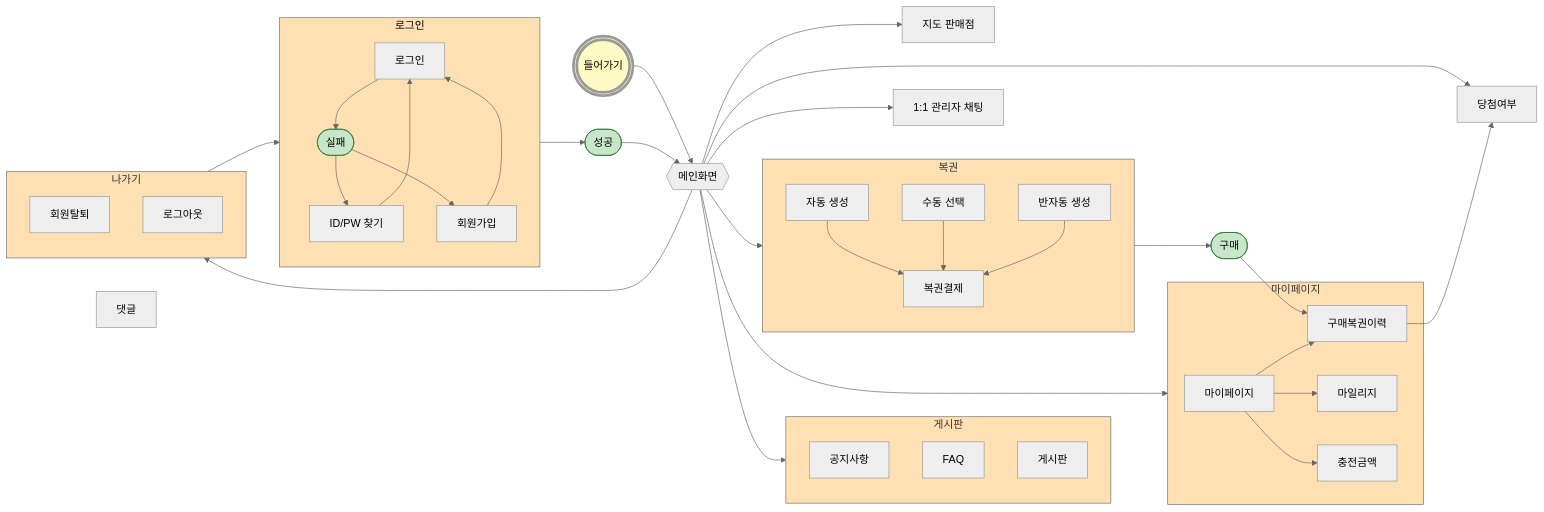
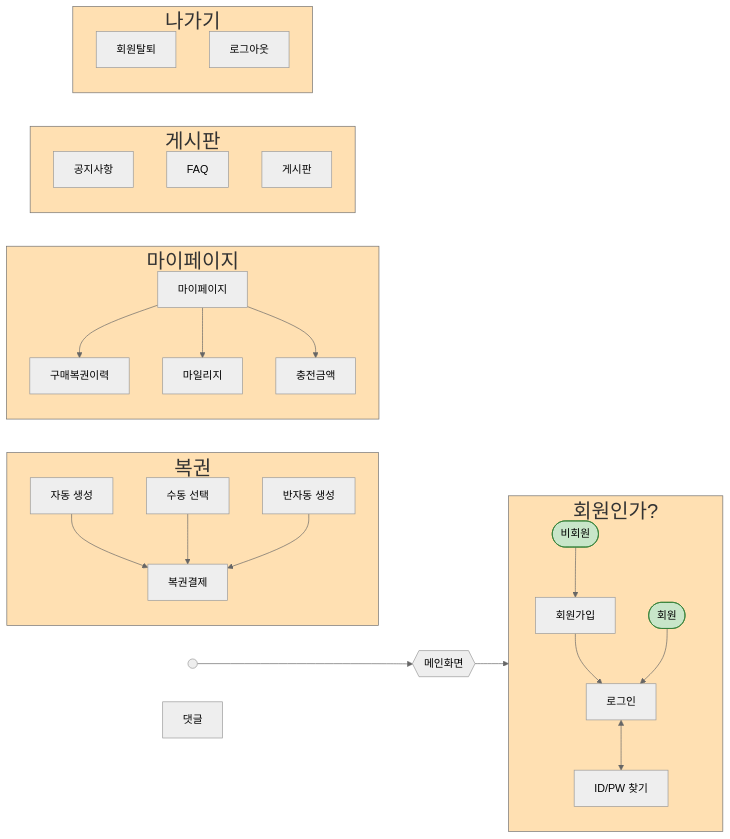
One commit to EndDefault/gitbook changed the first of 3 diagrams in _pages/project.md. Above: the diagram before and after it, drawn with Mermaid (neutral theme). The commit also changed other lines of this file, not shown here.

````diff
--- a/_pages/project.md
+++ b/_pages/project.md
@@ -13,67 +13,56 @@
 ```mermaid
 flowchart LR
- subgraph 로그인["로그인"]
+ subgraph 로그인["회원인가?"]
         Login["로그인"]
+        non(["비회원"])
         Find["ID/PW 찾기"]
         Mem["회원가입"]
-        text_2(["실패"])
+        y_mem(["회원"])
+        non --> Mem --> Login
+        y_mem --> Login
+        Login <--> Find
   end
  subgraph 복권["복권"]
         Pay["복권결제"]
         Auto["자동 생성"]
         Passive["수동 선택"]
         Semi-auto["반자동 생성"]
+        Auto & Passive & Semi-auto --> Pay
   end
  subgraph 마이페이지["마이페이지"]
         MP["마이페이지"]
         MP_1["구매복권이력"]
         MP_2["마일리지"]
         MP_3["충전금액"]
+        MP --> MP_1 & MP_2 & MP_3
   end
  subgraph 게시판["게시판"]
         Notice["공지사항"]
         FAQ["FAQ"]
         Bord["게시판"]
   end
  subgraph 나가기["나가기"]
         P["회원탈퇴"]
         Q["로그아웃"]
   end
-    Auto --> Pay
-    Passive --> Pay
-    Semi-auto --> Pay
-    MP --> MP_1 & MP_2 & MP_3
-    Z["들어가기"] --> Main["메인화면"]
-    로그인 --> text_1(["성공"])
-    text_1 --> Main
-    Login --> text_2
-    text_2 --> Find & Mem
-    Mem --> Login
-    Find --> Login
-    Main --> 복권 & Map["지도 판매점"] & win["당첨여부"] & 마이페이지 & Message["1:1 관리자 채팅"] & 나가기 & 게시판
-    복권 --> text(["구매"])
-    text --> MP_1
-    MP_1 --> win
-    나가기 --> 로그인
+    
+    Z --> Main["메인화면"]
+    Main --> 로그인
+
+
     Comment["댓글"]
 
-    Z@{ shape: dbl-circ}
+    Z@{ shape: sm-circ}
     Main@{ shape: hex}
-     text_2:::hl
-     text_1:::hl
-     text:::hl
-    classDef hl fill:#C8E6C9,stroke:#2E7D32,stroke-width:1px,color:#000
+ 
+
     style Z stroke-width:4px,stroke-dasharray: 0,color:#000000,fill:#FFF9C4
-    style 로그인 fill:#FFE0B2,color:#000000
-    style 복권 fill:#FFE0B2
-    style 마이페이지 fill:#FFE0B2
-    style 나가기 fill:#FFE0B2
-    style 게시판 fill:#FFE0B2
-
 
     %% 스타일 정의(한 번만)
-    classDef hl fill:#C8E6C9,stroke:#2E7D32,stroke-width:1px,color:#000;
+    classDef check fill:#C8E6C9,stroke:#2E7D32,stroke-width:1px,color:#000;
+    classDef col fill:#FFE0B2,font-size:30px;
 
     %% 여러 노드에 한 번에 적용
-    class text,text_1,text_2 hl;
+    class text,text_1,y_mem,non check;
+    class 로그인,복권,마이페이지,나가기,게시판 col;
 ```
````
